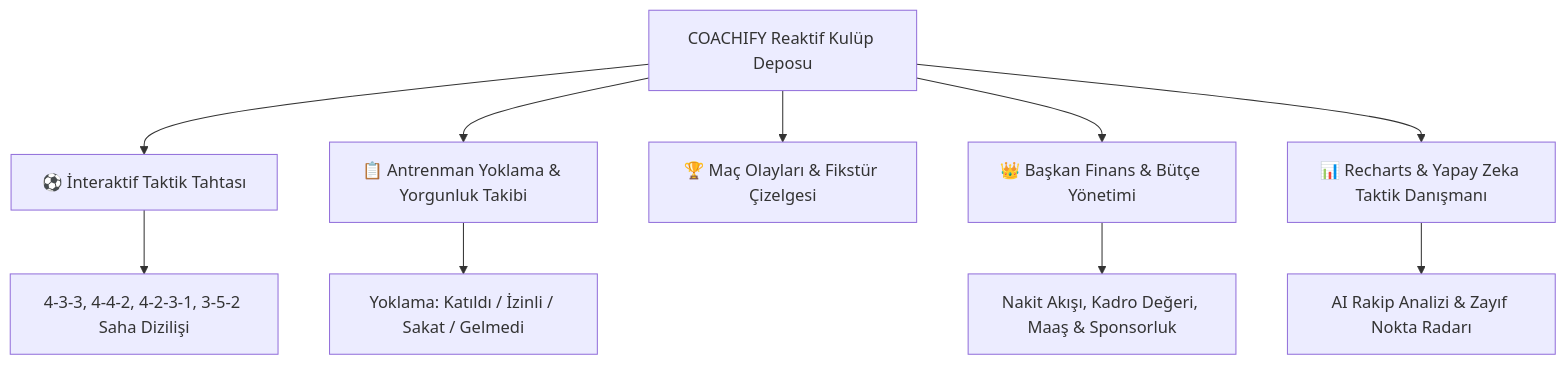
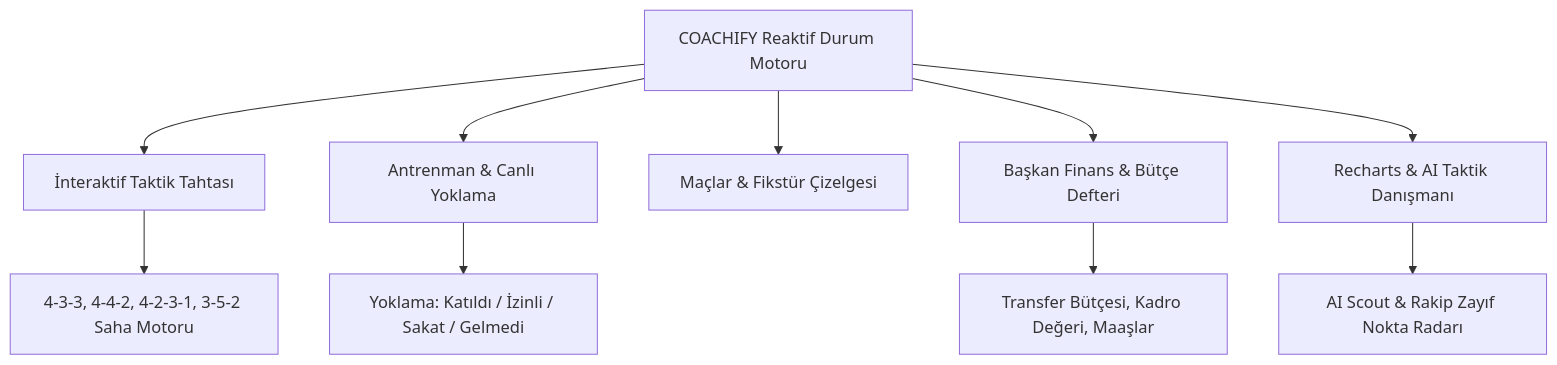
One commit to adacreativeco/coachify changed the diagram in README.tr.md. Above: the diagram before and after it, drawn with Mermaid. The commit also changed other lines of this file and 31 other files, not shown here.

````diff
--- a/README.tr.md
+++ b/README.tr.md
@@ -28,13 +28,13 @@
 ```mermaid
 graph TD
-    A[COACHIFY Reaktif Kulüp Deposu] --> B[⚽ İnteraktif Taktik Tahtası]
-    A --> C[📋 Antrenman Yoklama & Yorgunluk Takibi]
-    A --> D[🏆 Maç Olayları & Fikstür Çizelgesi]
-    A --> E[👑 Başkan Finans & Bütçe Yönetimi]
-    A --> F[📊 Recharts & Yapay Zeka Taktik Danışmanı]
+    A[COACHIFY Reaktif Durum Motoru] --> B[İnteraktif Taktik Tahtası]
+    A --> C[Antrenman & Canlı Yoklama]
+    A --> D[Maçlar & Fikstür Çizelgesi]
+    A --> E[Başkan Finans & Bütçe Defteri]
+    A --> F[Recharts & AI Taktik Danışmanı]
     
-    B --> G[4-3-3, 4-4-2, 4-2-3-1, 3-5-2 Saha Dizilişi]
+    B --> G[4-3-3, 4-4-2, 4-2-3-1, 3-5-2 Saha Motoru]
     C --> H[Yoklama: Katıldı / İzinli / Sakat / Gelmedi]
-    E --> I[Nakit Akışı, Kadro Değeri, Maaş & Sponsorluk]
-    F --> J[AI Rakip Analizi & Zayıf Nokta Radarı]
+    E --> I[Transfer Bütçesi, Kadro Değeri, Maaşlar]
+    F --> J[AI Scout & Rakip Zayıf Nokta Radarı]
 ```
````
